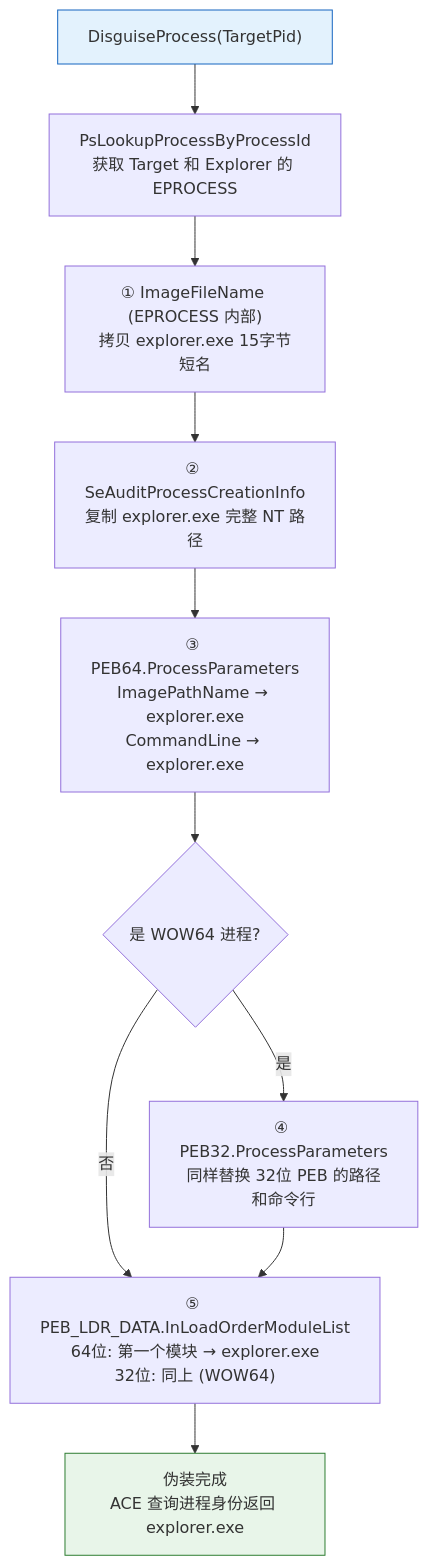
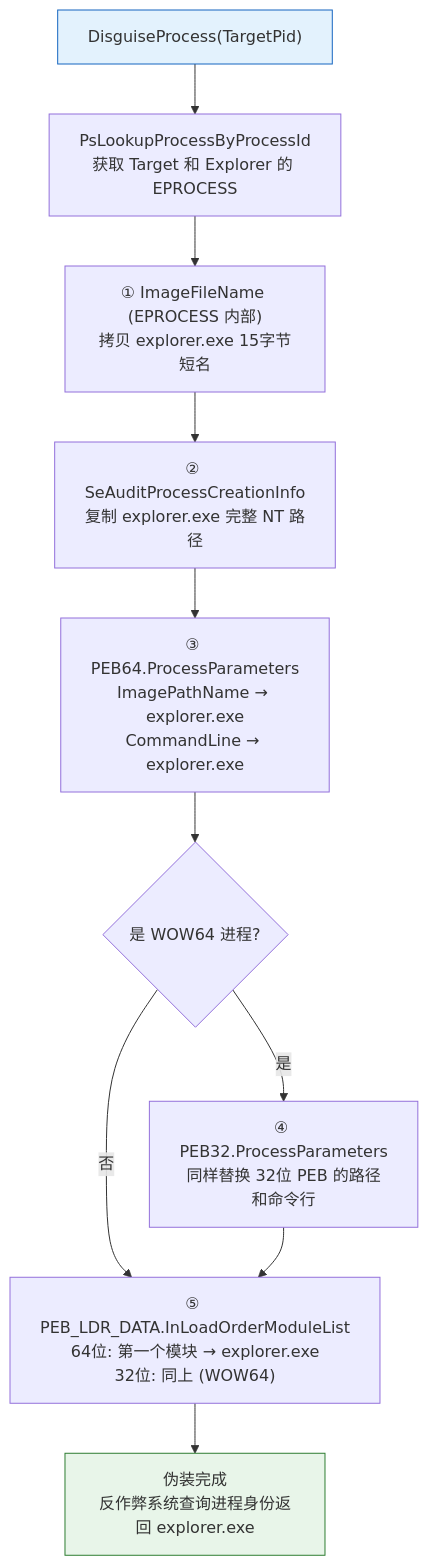
One commit to a619350644/SvmDebug changed diagram 19 of 24 in SvmDebug_设计文档.md. Above: the diagram before and after it, drawn with Mermaid. The commit also changed other lines of this file, not shown here.

````diff
--- a/SvmDebug_设计文档.md
+++ b/SvmDebug_设计文档.md
@@ -1047,15 +1047,15 @@
 ```mermaid
 graph TD
     Input["DisguiseProcess(TargetPid)"] --> Lookup["PsLookupProcessByProcessId<br/>获取 Target 和 Explorer 的 EPROCESS"]
     Lookup --> Step1["① ImageFileName (EPROCESS 内部)<br/>拷贝 explorer.exe 15字节短名"]
     Step1 --> Step2["② SeAuditProcessCreationInfo<br/>复制 explorer.exe 完整 NT 路径"]
     Step2 --> Step3["③ PEB64.ProcessParameters<br/>ImagePathName → explorer.exe<br/>CommandLine → explorer.exe"]
     Step3 --> Step4{"是 WOW64 进程?"}
     Step4 -->|"是"| Step5["④ PEB32.ProcessParameters<br/>同样替换 32位 PEB 的路径和命令行"]
     Step4 -->|"否"| Step6
     Step5 --> Step6["⑤ PEB_LDR_DATA.InLoadOrderModuleList<br/>64位: 第一个模块 → explorer.exe<br/>32位: 同上 (WOW64)"]
-    Step6 --> Done["伪装完成<br/>ACE 查询进程身份返回 explorer.exe"]
+    Step6 --> Done["伪装完成<br/>反作弊系统查询进程身份返回 explorer.exe"]
 
     style Input fill:#e3f2fd,stroke:#1565c0
     style Done fill:#e8f5e9,stroke:#2e7d32
 ```
````
